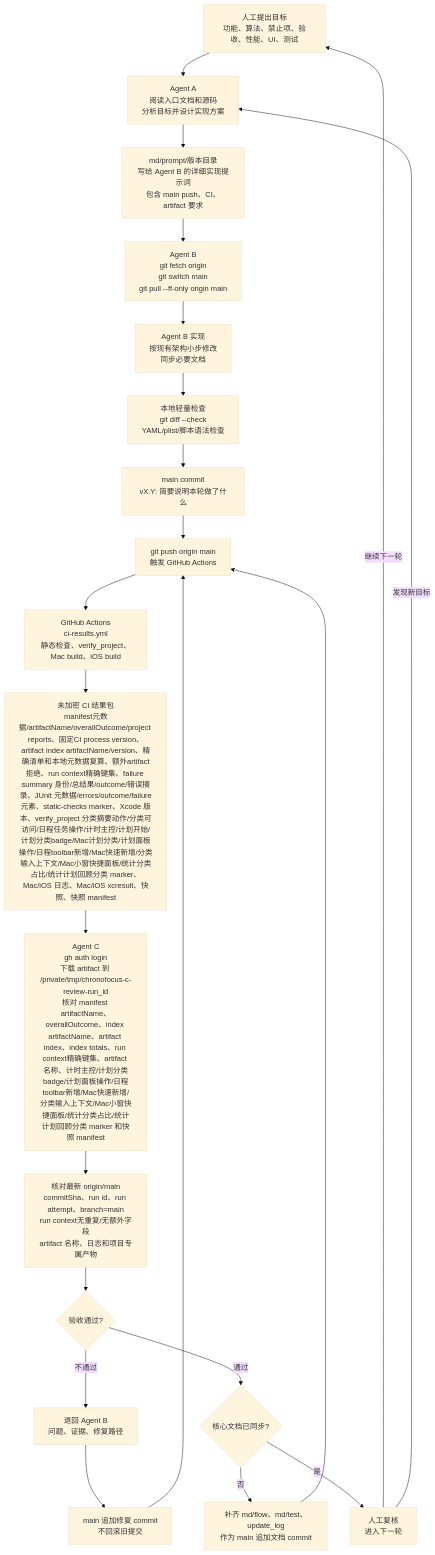
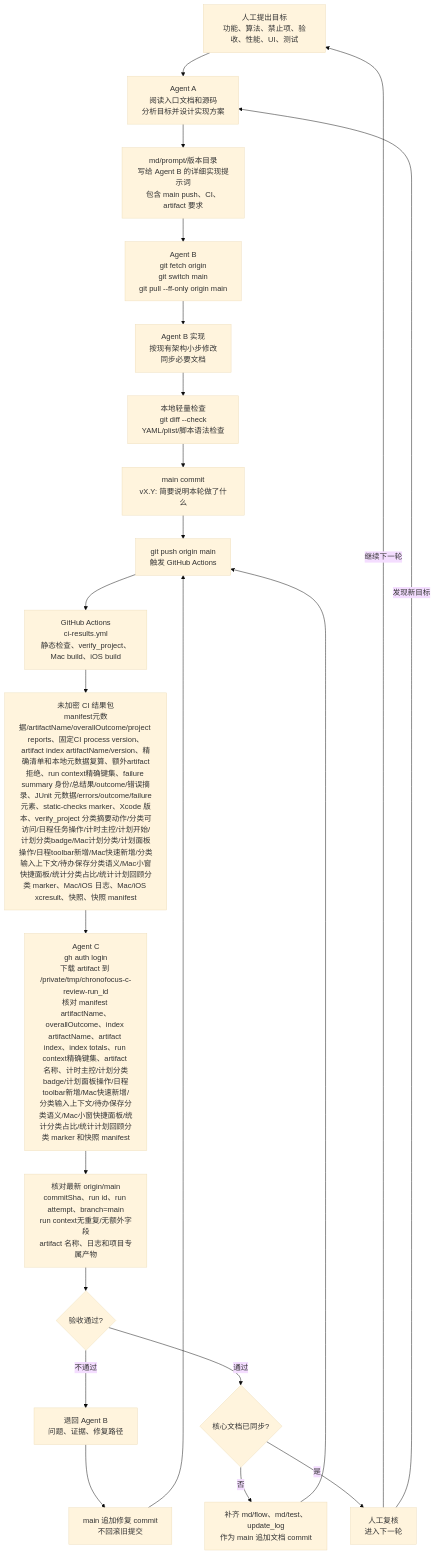
Before and after one commit to Altman-sam114/114: the fifth of 6 diagrams in md/flow/flowchart.md, drawn with Mermaid (base theme). The commit also changed other lines of this file and 8 other files, not shown here.

````diff
--- a/md/flow/flowchart.md
+++ b/md/flow/flowchart.md
@@ -102,24 +102,24 @@
 ```mermaid
 flowchart TD
   H["人工提出目标<br/>功能、算法、禁止项、验收、性能、UI、测试"] --> A["Agent A<br/>阅读入口文档和源码<br/>分析目标并设计实现方案"]
   A --> P["md/prompt/版本目录<br/>写给 Agent B 的详细实现提示词<br/>包含 main push、CI、artifact 要求"]
   P --> B0["Agent B<br/>git fetch origin<br/>git switch main<br/>git pull --ff-only origin main"]
   B0 --> B1["Agent B 实现<br/>按现有架构小步修改<br/>同步必要文档"]
   B1 --> L["本地轻量检查<br/>git diff --check<br/>YAML/plist/脚本语法检查"]
   L --> G["main commit<br/>vX.Y: 简要说明本轮做了什么"]
   G --> PUSH["git push origin main<br/>触发 GitHub Actions"]
   PUSH --> CI["GitHub Actions<br/>ci-results.yml<br/>静态检查、verify_project、Mac build、iOS build"]
-  CI --> ART["未加密 CI 结果包<br/>manifest元数据/artifactName/overallOutcome/project reports、固定CI process version、artifact index artifactName/version、精确清单和本地元数据复算、额外artifact拒绝、run context精确键集、failure summary 身份/总结果/outcome/错误摘录、JUnit 元数据/errors/outcome/failure元素、static-checks marker、Xcode 版本、verify_project 分类摘要动作/分类可访问/日程任务操作/计时主控/计划开始/计划分类badge/Mac计划分类/计划面板操作/日程toolbar新增/Mac快速新增/分类输入上下文/Mac小窗快捷面板/统计分类占比/统计计划回顾分类 marker、Mac/iOS 日志、Mac/iOS xcresult、快照、快照 manifest"]
-  ART --> C["Agent C<br/>gh auth login<br/>下载 artifact 到 /private/tmp/chronofocus-c-review-run_id<br/>核对 manifest artifactName、overallOutcome、index artifactName、artifact index、index totals、run context精确键集、artifact 名称、计时主控/计划分类badge/计划面板操作/日程toolbar新增/Mac快速新增/分类输入上下文/Mac小窗快捷面板/统计分类占比/统计计划回顾分类 marker 和快照 manifest"]
+  CI --> ART["未加密 CI 结果包<br/>manifest元数据/artifactName/overallOutcome/project reports、固定CI process version、artifact index artifactName/version、精确清单和本地元数据复算、额外artifact拒绝、run context精确键集、failure summary 身份/总结果/outcome/错误摘录、JUnit 元数据/errors/outcome/failure元素、static-checks marker、Xcode 版本、verify_project 分类摘要动作/分类可访问/日程任务操作/计时主控/计划开始/计划分类badge/Mac计划分类/计划面板操作/日程toolbar新增/Mac快速新增/分类输入上下文/待办保存分类语义/Mac小窗快捷面板/统计分类占比/统计计划回顾分类 marker、Mac/iOS 日志、Mac/iOS xcresult、快照、快照 manifest"]
+  ART --> C["Agent C<br/>gh auth login<br/>下载 artifact 到 /private/tmp/chronofocus-c-review-run_id<br/>核对 manifest artifactName、overallOutcome、index artifactName、artifact index、index totals、run context精确键集、artifact 名称、计时主控/计划分类badge/计划面板操作/日程toolbar新增/Mac快速新增/分类输入上下文/待办保存分类语义/Mac小窗快捷面板/统计分类占比/统计计划回顾分类 marker 和快照 manifest"]
   C --> V["核对最新 origin/main<br/>commitSha、run id、run attempt、branch=main<br/>run context无重复/无额外字段<br/>artifact 名称、日志和项目专属产物"]
   V --> PASS{"验收通过?"}
   PASS -->|不通过| BACK["退回 Agent B<br/>问题、证据、修复路径"]
   BACK --> FIX["main 追加修复 commit<br/>不回滚旧提交"]
   FIX --> PUSH
   PASS -->|通过| DOC{"核心文档已同步?"}
   DOC -->|否| D["补齐 md/flow、md/test、update_log<br/>作为 main 追加文档 commit"]
   D --> PUSH
   DOC -->|是| J["人工复核<br/>进入下一轮"]
   J -->|继续下一轮| H
   J -->|发现新目标| A
 ```
````
